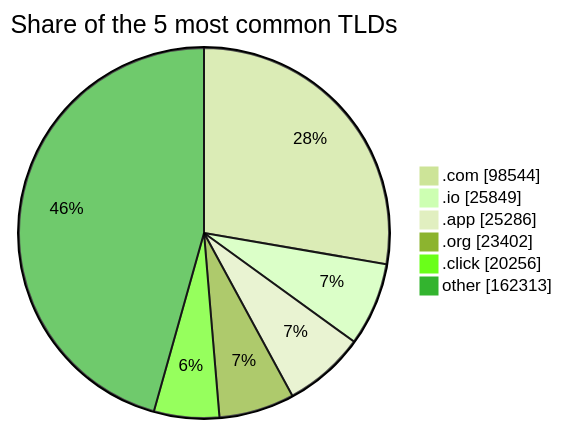
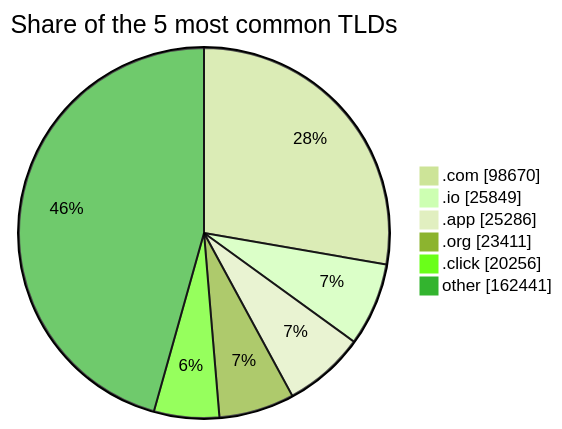
One commit to DNSBunker/CTI changed the third of 3 diagrams in README.md. Above: the diagram before and after it, drawn with Mermaid (forest theme). The commit also changed other lines of this file and 3 other files, not shown here.

````diff
--- a/README.md
+++ b/README.md
@@ -81,9 +81,9 @@
 ```mermaid
 pie showData title Share of the 5 most common TLDs
-    ".com" : 98544
+    ".com" : 98670
     ".io" : 25849
     ".app" : 25286
-    ".org" : 23402
+    ".org" : 23411
     ".click" : 20256
-    "other" : 162313
+    "other" : 162441
 ```
````
